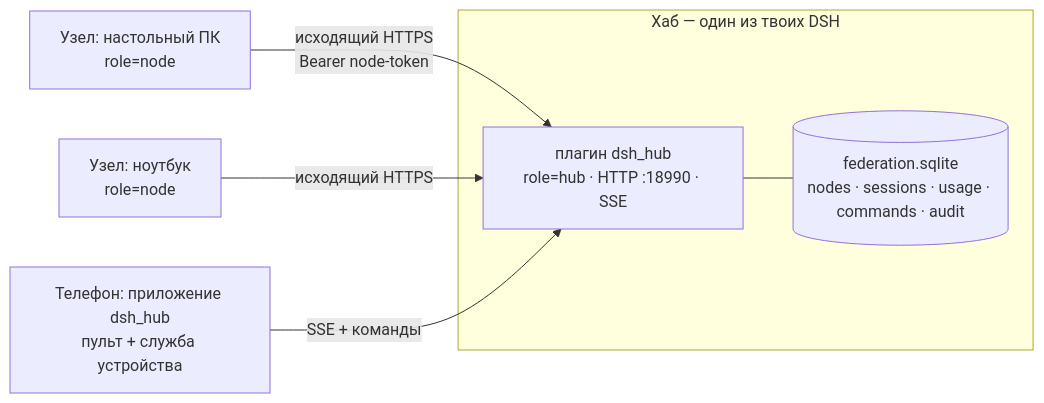
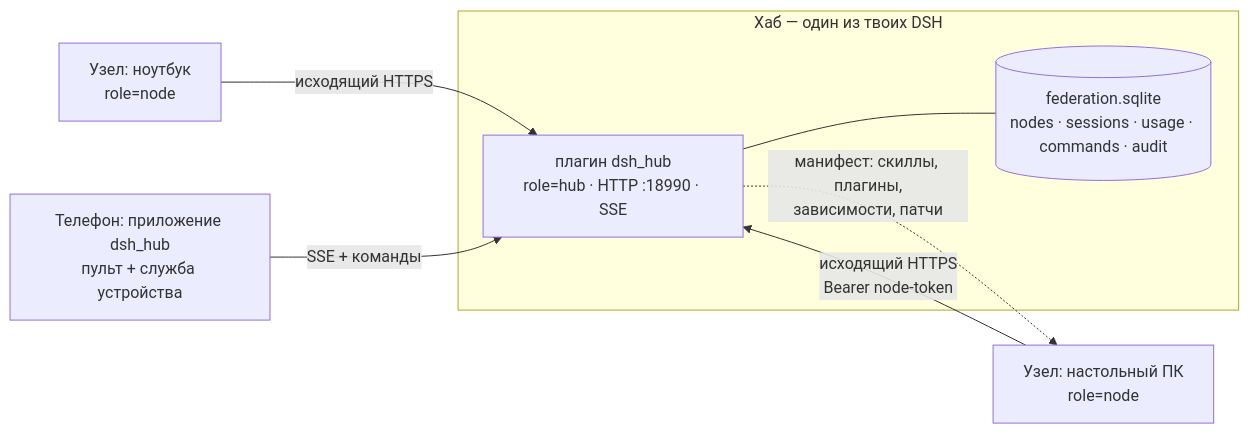
Before and after one commit to rukazax/dsh-federation: the first of 2 diagrams in README.md, drawn with Mermaid. The commit also changed other lines of this file and 2 other files, not shown here.

Commit message:
ТЗ: автоматизация хаба как источник правды — манифест профиля на все узлы (P2d)

````diff
--- a/README.md
+++ b/README.md
@@ -58,11 +61,12 @@
 ```mermaid
 flowchart LR
   subgraph HUB["Хаб — один из твоих DSH"]
     H["плагин dsh_hub<br/>role=hub · HTTP :18990 · SSE"]
     DB[("federation.sqlite<br/>nodes · sessions · usage · commands · audit")]
   end
   N1["Узел: настольный ПК<br/>role=node"] -->|исходящий HTTPS<br/>Bearer node-token| H
   N2["Узел: ноутбук<br/>role=node"] -->|исходящий HTTPS| H
   M["Телефон: приложение dsh_hub<br/>пульт + служба устройства"] -->|SSE + команды| H
+  H -.->|"манифест: скиллы, плагины,<br/>зависимости, патчи"| N1
   H --- DB
 ```
````
